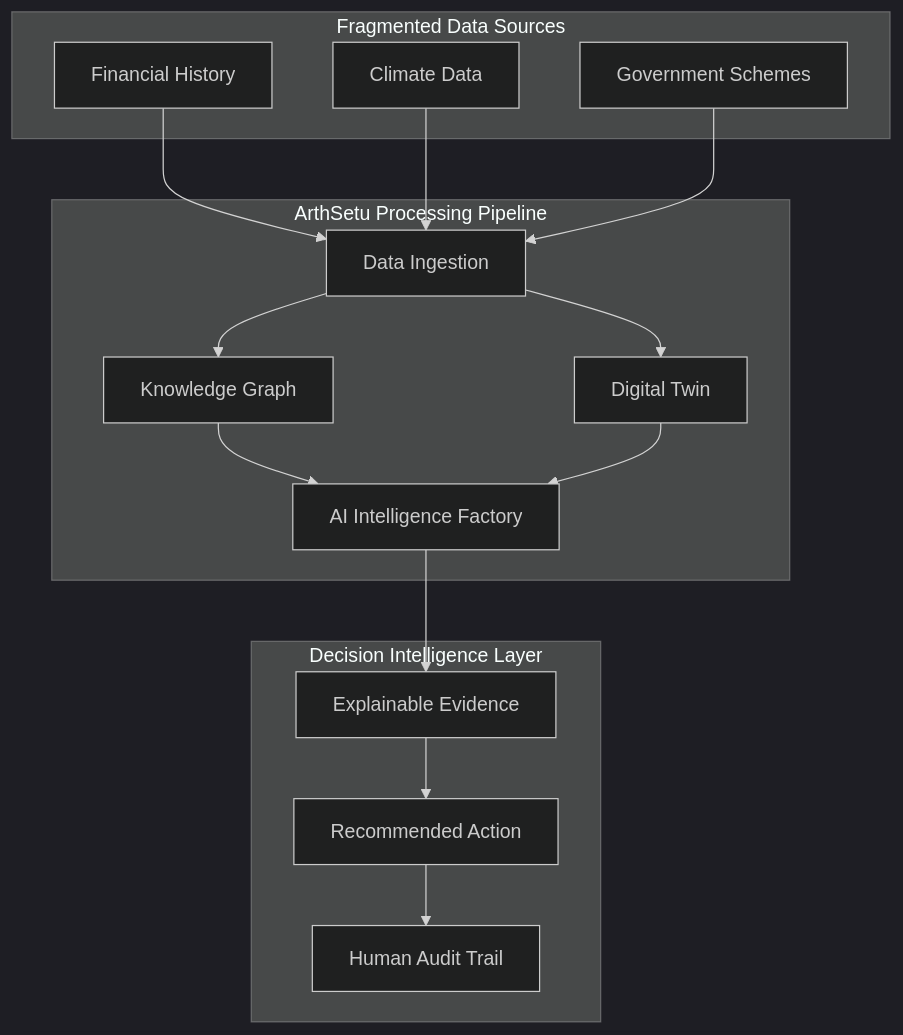
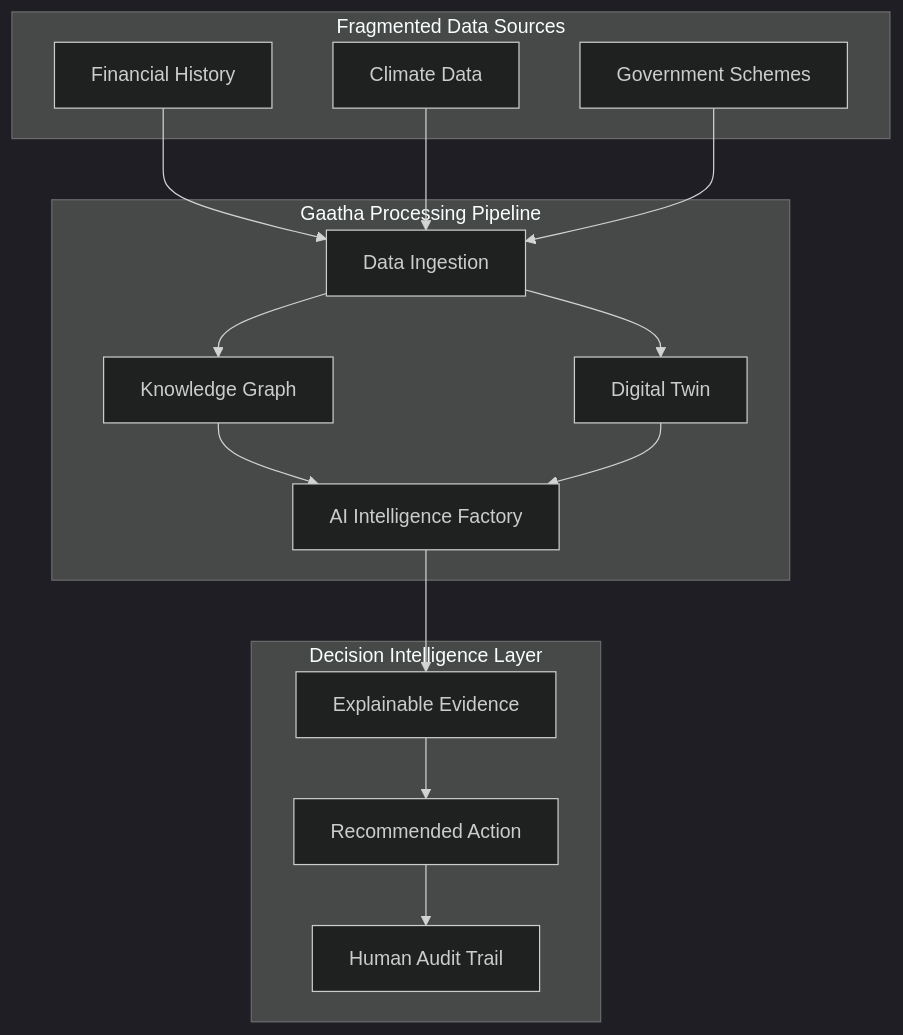
The second of 2 diagrams in README.md (mridulbansal4/Gaatha), drawn with Mermaid (dark theme) before and after one commit. The commit also changed other lines of this file and 21 other files, not shown here.

Commit message:
rename project to Gaatha and implement core command center dashboard with service integrations

````diff
--- a/README.md
+++ b/README.md
@@ -130,34 +130,34 @@
 ```mermaid
 flowchart TB
     subgraph SRC["Fragmented Data Sources"]
         FIN["Financial History"]
         CLIM["Climate Data"]
         SCH["Government Schemes"]
     end
 
-    subgraph CORE["ArthSetu Processing Pipeline"]
+    subgraph CORE["Gaatha Processing Pipeline"]
         ING["Data Ingestion"]
         KG["Knowledge Graph"]
         DT["Digital Twin"]
         AI["AI Intelligence Factory"]
     end
 
     subgraph OUT["Decision Intelligence Layer"]
         XAI["Explainable Evidence"]
         REC["Recommended Action"]
         AUD["Human Audit Trail"]
     end
 
     FIN --> ING
     CLIM --> ING
     SCH --> ING
     
     ING --> KG
     ING --> DT
     KG --> AI
     DT --> AI
     
     AI --> XAI
     XAI --> REC
     REC --> AUD
 ```
````
